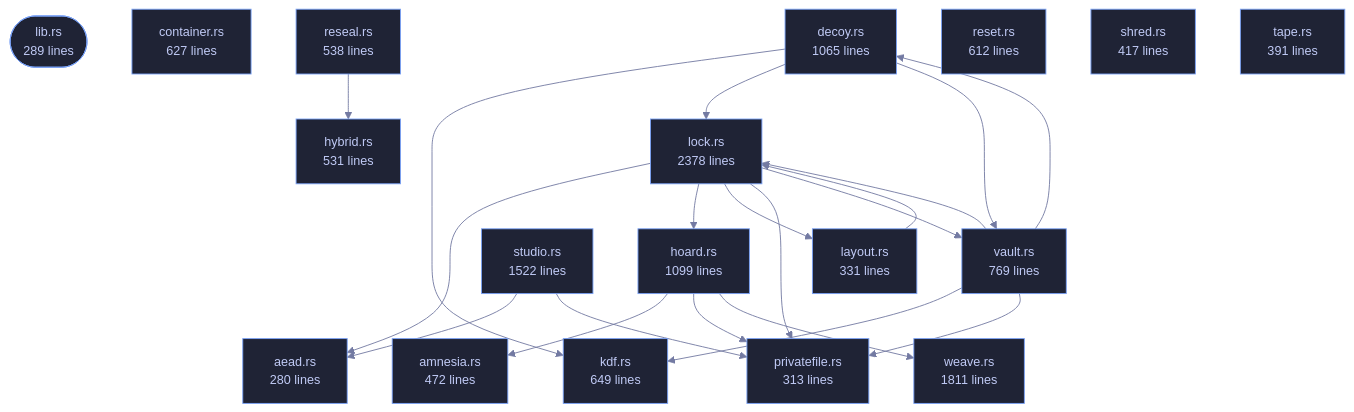
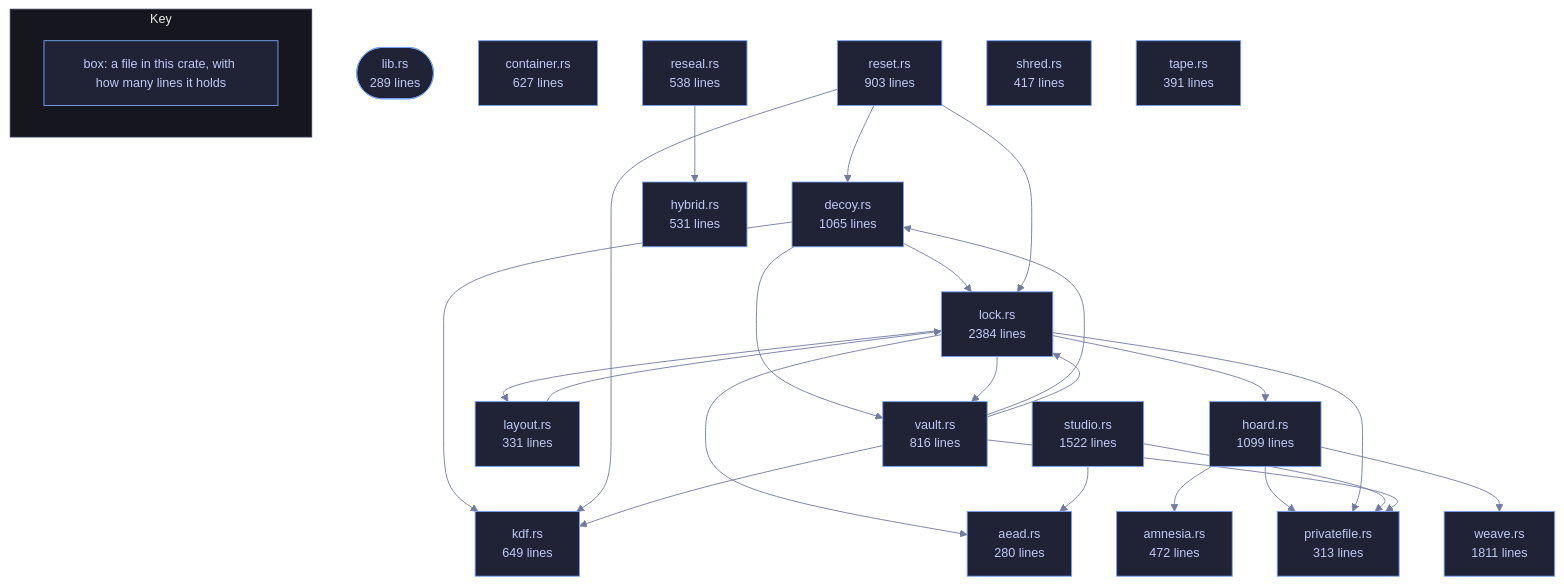
One commit to tilas01/veilvoice changed the diagram in crates/veilvoice-crypto/README.md. Above: the diagram before and after it, drawn with Mermaid. The commit also changed other lines of this file and 1510 other files, not shown here.

First line of the commit message:
Regenerate the documentation, wiki, site, graphs and measured numbers

````diff
--- a/crates/veilvoice-crypto/README.md
+++ b/crates/veilvoice-crypto/README.md
@@ -108,59 +108,66 @@
 ```mermaid
 %%{init: {"theme":"base","themeVariables":{"background":"#1a1b26","primaryColor":"#1f2335","primaryTextColor":"#c0caf5","primaryBorderColor":"#7aa2f7","secondaryColor":"#16161e","tertiaryColor":"#16161e","lineColor":"#737aa2","textColor":"#c0caf5","mainBkg":"#1f2335","nodeBorder":"#7aa2f7","clusterBkg":"#16161e","clusterBorder":"#2f3549","fontFamily":"ui-monospace, SFMono-Regular, Consolas, monospace","fontSize":"14px"}}}%%
 flowchart TD
     n_lib(["lib.rs<br/>289 lines"])
     n_aead["aead.rs<br/>280 lines"]
     n_amnesia["amnesia.rs<br/>472 lines"]
     n_container["container.rs<br/>627 lines"]
     n_decoy["decoy.rs<br/>1065 lines"]
     n_hoard["hoard.rs<br/>1099 lines"]
     n_hybrid["hybrid.rs<br/>531 lines"]
     n_kdf["kdf.rs<br/>649 lines"]
     n_layout["layout.rs<br/>331 lines"]
-    n_lock["lock.rs<br/>2378 lines"]
+    n_lock["lock.rs<br/>2384 lines"]
     n_privatefile["privatefile.rs<br/>313 lines"]
     n_reseal["reseal.rs<br/>538 lines"]
-    n_reset["reset.rs<br/>612 lines"]
+    n_reset["reset.rs<br/>903 lines"]
     n_shred["shred.rs<br/>417 lines"]
     n_studio["studio.rs<br/>1522 lines"]
     n_tape["tape.rs<br/>391 lines"]
-    n_vault["vault.rs<br/>769 lines"]
+    n_vault["vault.rs<br/>816 lines"]
     n_weave["weave.rs<br/>1811 lines"]
     n_decoy --> n_kdf
     n_decoy --> n_lock
     n_decoy --> n_vault
     n_hoard --> n_amnesia
     n_hoard --> n_privatefile
     n_hoard --> n_weave
     n_layout --> n_lock
     n_lock --> n_aead
     n_lock --> n_hoard
     n_lock --> n_layout
     n_lock --> n_privatefile
     n_lock --> n_vault
     n_reseal --> n_hybrid
+    n_reset --> n_decoy
+    n_reset --> n_kdf
+    n_reset --> n_lock
     n_studio --> n_aead
     n_studio --> n_privatefile
     n_vault --> n_decoy
     n_vault --> n_kdf
     n_vault --> n_lock
     n_vault --> n_privatefile
     click n_lib href "https://github.com/tilas01/veilvoice/blob/main/crates/veilvoice-crypto/src/lib.rs" "open the source"
     click n_aead href "https://github.com/tilas01/veilvoice/blob/main/crates/veilvoice-crypto/src/aead.rs" "open the source"
     click n_amnesia href "https://github.com/tilas01/veilvoice/blob/main/crates/veilvoice-crypto/src/amnesia.rs" "open the source"
     click n_container href "https://github.com/tilas01/veilvoice/blob/main/crates/veilvoice-crypto/src/container.rs" "open the source"
     click n_decoy href "https://github.com/tilas01/veilvoice/blob/main/crates/veilvoice-crypto/src/decoy.rs" "open the source"
     click n_hoard href "https://github.com/tilas01/veilvoice/blob/main/crates/veilvoice-crypto/src/hoard.rs" "open the source"
     click n_hybrid href "https://github.com/tilas01/veilvoice/blob/main/crates/veilvoice-crypto/src/hybrid.rs" "open the source"
     click n_kdf href "https://github.com/tilas01/veilvoice/blob/main/crates/veilvoice-crypto/src/kdf.rs" "open the source"
     click n_layout href "https://github.com/tilas01/veilvoice/blob/main/crates/veilvoice-crypto/src/layout.rs" "open the source"
     click n_lock href "https://github.com/tilas01/veilvoice/blob/main/crates/veilvoice-crypto/src/lock.rs" "open the source"
     click n_privatefile href "https://github.com/tilas01/veilvoice/blob/main/crates/veilvoice-crypto/src/privatefile.rs" "open the source"
     click n_reseal href "https://github.com/tilas01/veilvoice/blob/main/crates/veilvoice-crypto/src/reseal.rs" "open the source"
     click n_reset href "https://github.com/tilas01/veilvoice/blob/main/crates/veilvoice-crypto/src/reset.rs" "open the source"
     click n_shred href "https://github.com/tilas01/veilvoice/blob/main/crates/veilvoice-crypto/src/shred.rs" "open the source"
     click n_studio href "https://github.com/tilas01/veilvoice/blob/main/crates/veilvoice-crypto/src/studio.rs" "open the source"
     click n_tape href "https://github.com/tilas01/veilvoice/blob/main/crates/veilvoice-crypto/src/tape.rs" "open the source"
     click n_vault href "https://github.com/tilas01/veilvoice/blob/main/crates/veilvoice-crypto/src/vault.rs" "open the source"
     click n_weave href "https://github.com/tilas01/veilvoice/blob/main/crates/veilvoice-crypto/src/weave.rs" "open the source"
+    subgraph chart_key ["Key"]
+        direction LR
+        key_box["box: a file in this crate, with how many lines it holds"]
+    end
 ```
````
